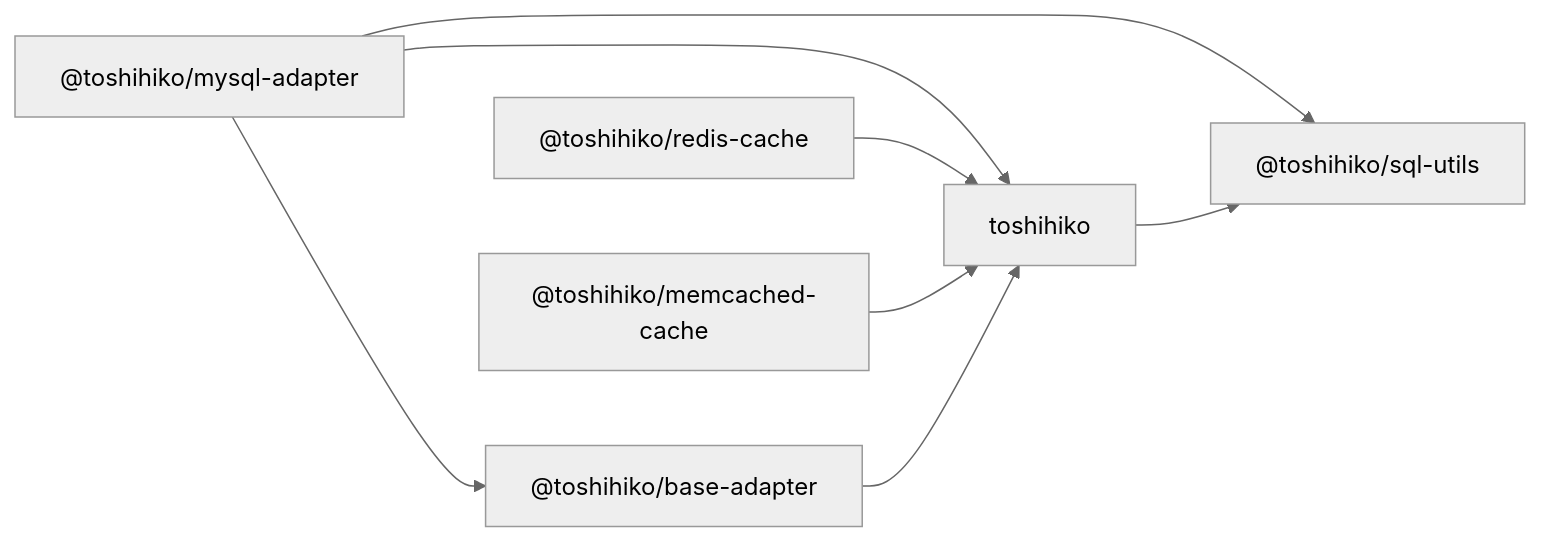
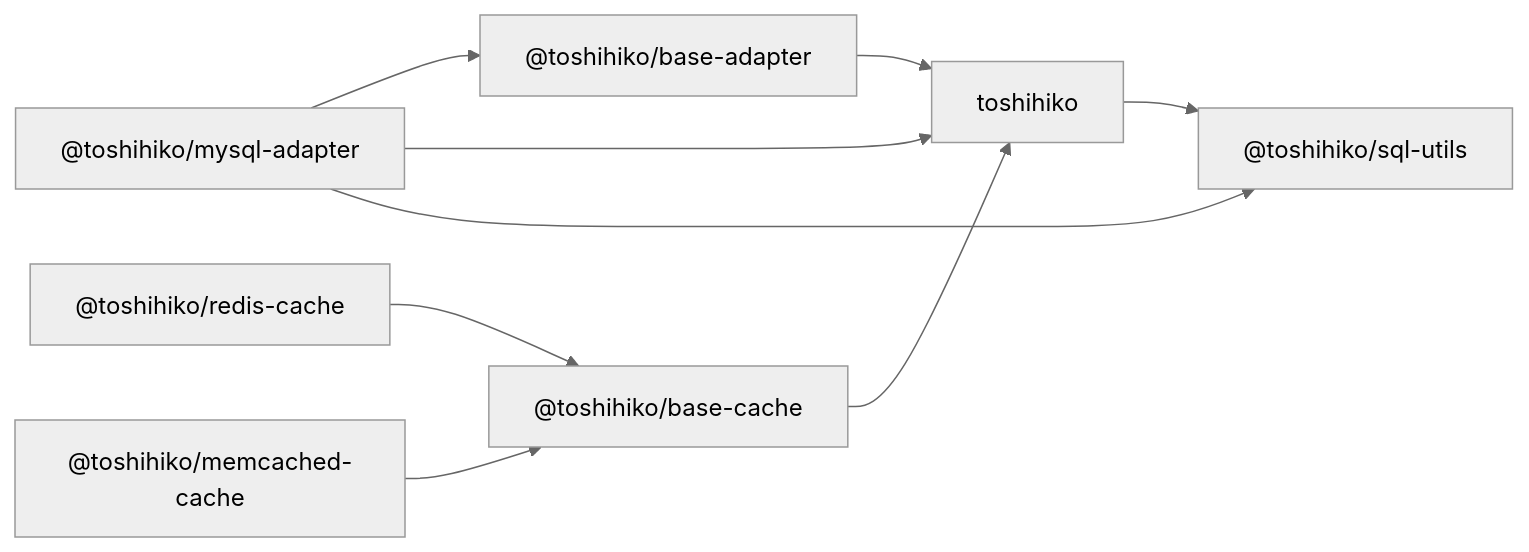
Before and after one commit to toshihikojs/Toshihiko: the diagram in README.md, drawn with Mermaid (neutral theme). The commit also changed other lines of this file and 14 other files, not shown here.

Commit message:
feat: add base cache foundation

````diff
--- a/README.md
+++ b/README.md
@@ -102,10 +103,11 @@
 ```mermaid
 flowchart LR
   mysql["@toshihiko/mysql-adapter"] --> base["@toshihiko/base-adapter"]
   mysql --> core["toshihiko"]
   mysql --> sql["@toshihiko/sql-utils"]
-  redis["@toshihiko/redis-cache"] --> core
-  memcached["@toshihiko/memcached-cache"] --> core
+  redis["@toshihiko/redis-cache"] --> cache["@toshihiko/base-cache"]
+  memcached["@toshihiko/memcached-cache"] --> cache
+  cache --> core
   base --> core
   core --> sql
 ```
````
